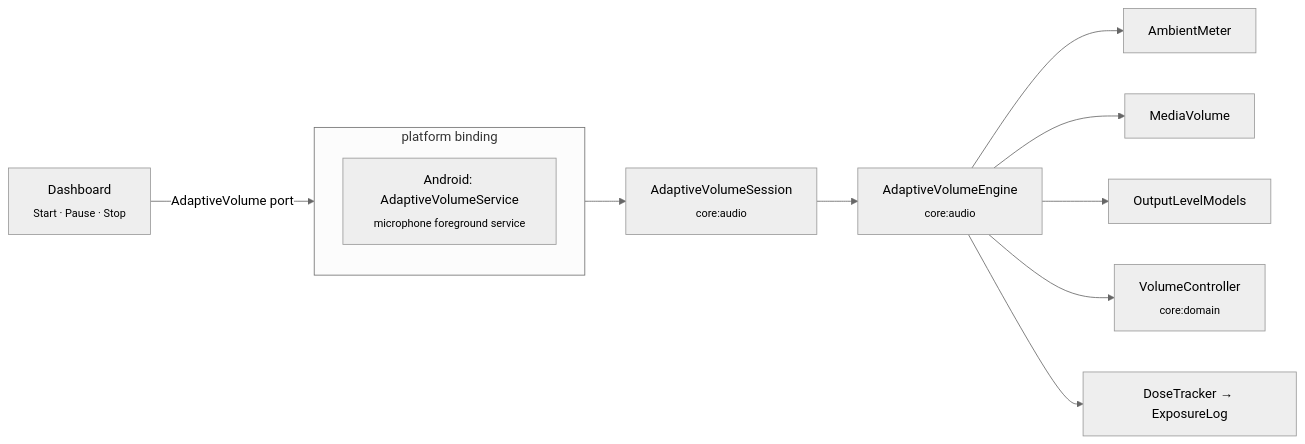
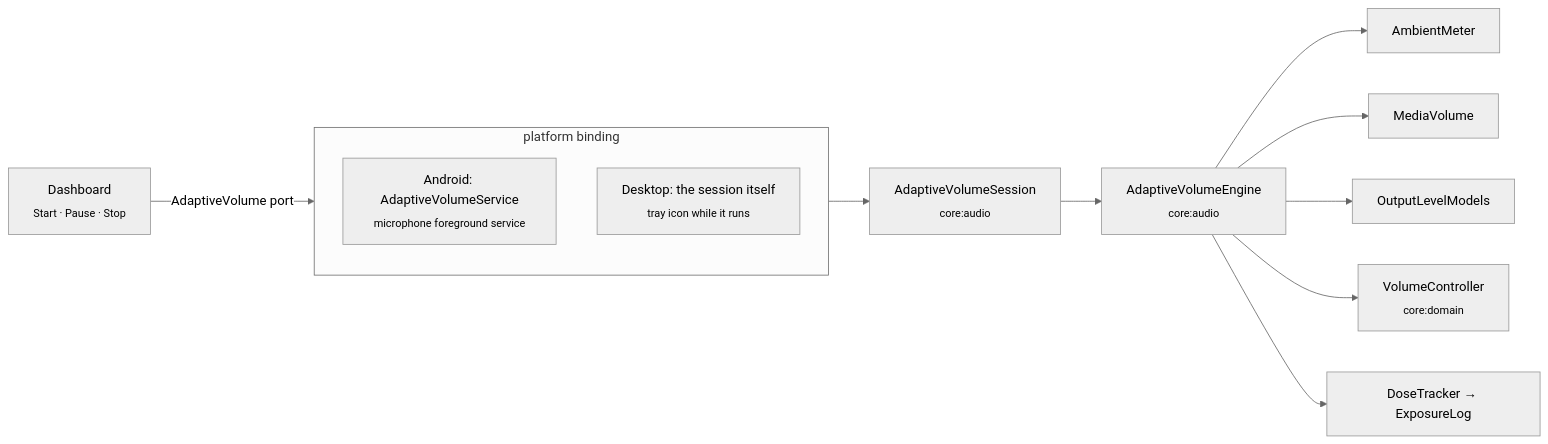
The third of 3 diagrams in docs/architecture.md (JeanCarloLond/WHLambda), drawn with Mermaid (neutral theme) before and after one commit. The commit also changed other lines of this file and 1 other file, not shown here.

Commit message:
📝 docs: describe the desktop loop and its linux requirements

````diff
--- a/docs/architecture.md
+++ b/docs/architecture.md
@@ -142,12 +142,13 @@
 ```mermaid
 flowchart LR
     UI["Dashboard<br/><sub>Start · Pause · Stop</sub>"] -- AdaptiveVolume port --> Platform
     subgraph Platform["platform binding"]
         FGS["Android: AdaptiveVolumeService<br/><sub>microphone foreground service</sub>"]
+        Tray["Desktop: the session itself<br/><sub>tray icon while it runs</sub>"]
     end
     Platform --> Session["AdaptiveVolumeSession<br/><sub>core:audio</sub>"]
     Session --> Engine["AdaptiveVolumeEngine<br/><sub>core:audio</sub>"]
     Engine --> Meter["AmbientMeter"] & Volume["MediaVolume"] & Models["OutputLevelModels"]
     Engine --> Controller["VolumeController<br/><sub>core:domain</sub>"]
     Engine --> Tracker["DoseTracker → ExposureLog"]
 ```
````
